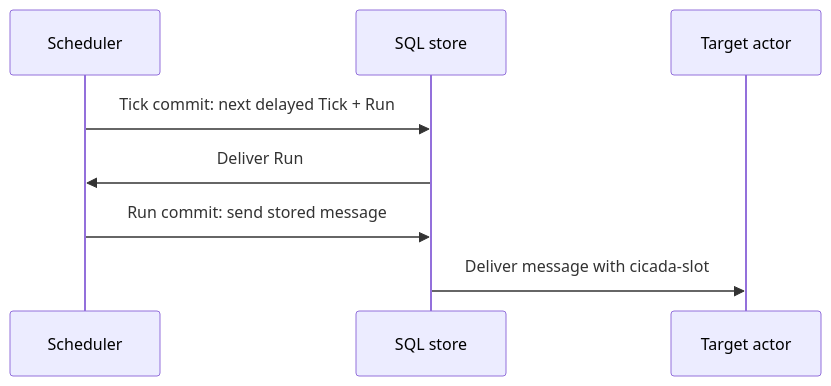
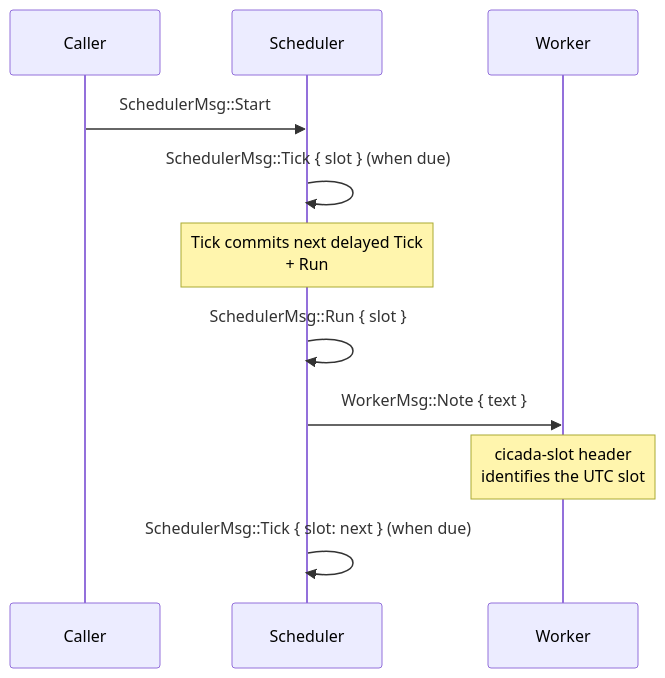
The fourth of 5 diagrams in docs/guide/actors.md (helico-tech/cicada.rs), drawn with Mermaid before and after one commit. The commit also changed other lines of this file and 2 other files, not shown here.

Commit message:
docs: name messages on every actor diagram

````diff
--- a/docs/guide/actors.md
+++ b/docs/guide/actors.md
@@ -162,10 +179,13 @@
 ```mermaid
 sequenceDiagram
+    participant U as Caller
     participant Q as Scheduler
-    participant S as SQL store
-    participant T as Target actor
-    Q->>S: Tick commit: next delayed Tick + Run
-    S->>Q: Deliver Run
-    Q->>S: Run commit: send stored message
-    S->>T: Deliver message with cicada-slot
+    participant T as Worker
+    U->>Q: SchedulerMsg::Start
+    Q->>Q: SchedulerMsg::Tick { slot } (when due)
+    Note over Q: Tick commits next delayed Tick<br/>+ Run
+    Q->>Q: SchedulerMsg::Run { slot }
+    Q->>T: WorkerMsg::Note { text }
+    Note over T: cicada-slot header<br/>identifies the UTC slot
+    Q->>Q: SchedulerMsg::Tick { slot: next } (when due)
 ```
````
